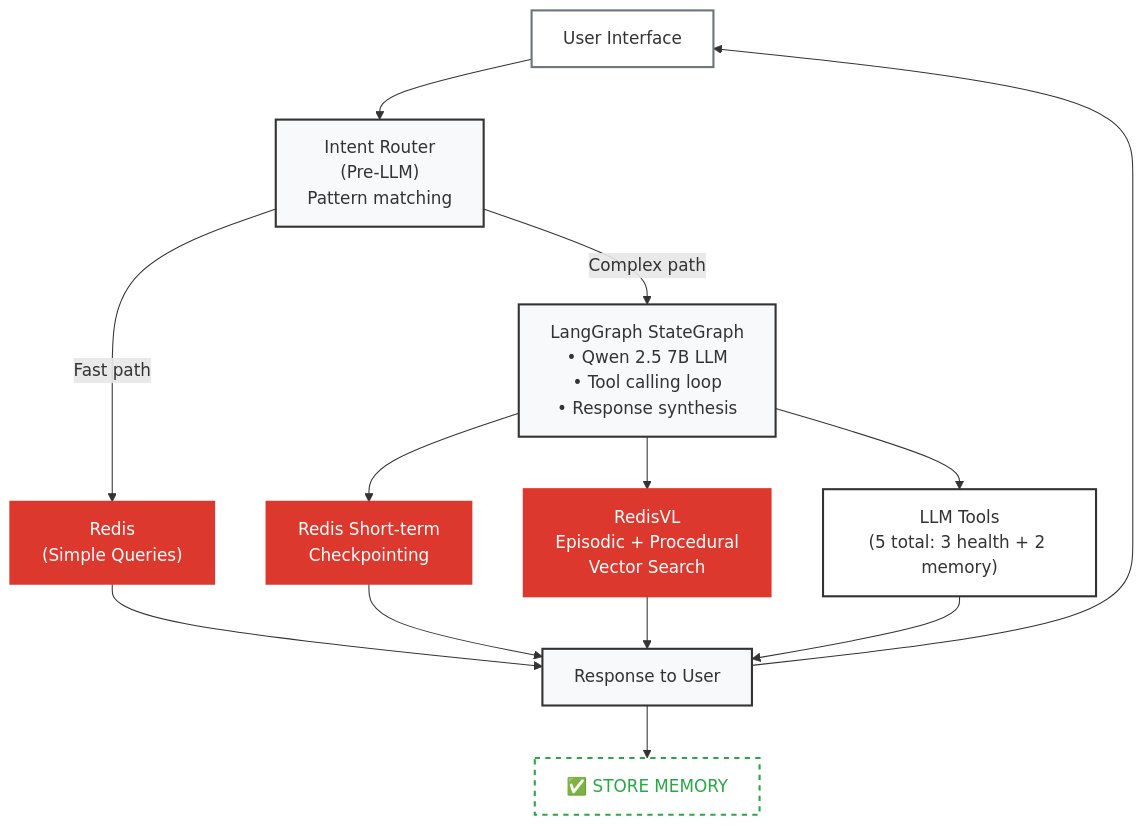
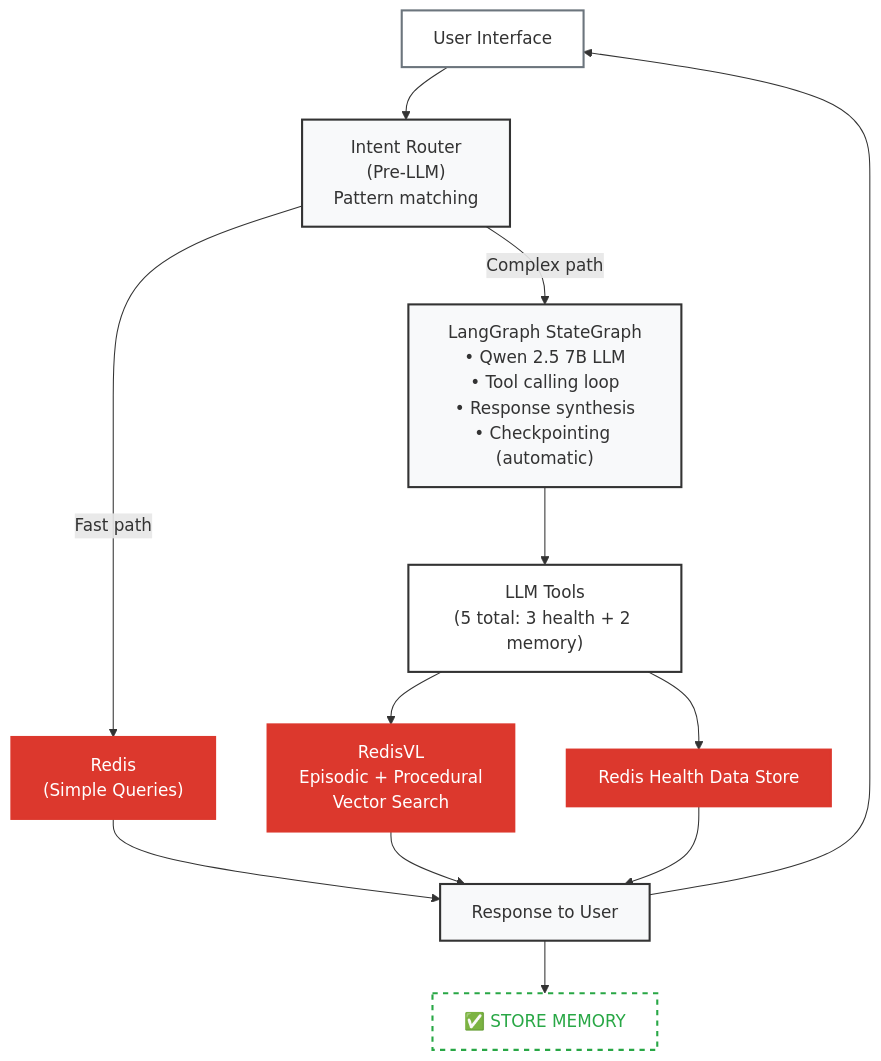
The second of 6 diagrams in docs/SLIDE_MATERIAL.md (AllieRays/redis-wellness), drawn with Mermaid before and after one commit. The commit also changed other lines of this file and 1 other file, not shown here.

````diff
--- a/docs/SLIDE_MATERIAL.md
+++ b/docs/SLIDE_MATERIAL.md
@@ -40,35 +40,34 @@
 ```mermaid
 flowchart TB
     UI2["User Interface"]
     Router2["Intent Router<br/>(Pre-LLM)<br/>Pattern matching"]
     Simple2["Redis<br/>(Simple Queries)"]
-    LangGraph["LangGraph StateGraph<br/>• Qwen 2.5 7B LLM<br/>• Tool calling loop<br/>• Response synthesis"]
-    RedisShort["Redis Short-term<br/>Checkpointing"]
+    LangGraph["LangGraph StateGraph<br/>• Qwen 2.5 7B LLM<br/>• Tool calling loop<br/>• Response synthesis<br/>• Checkpointing (automatic)"]
     RedisVL["RedisVL<br/>Episodic + Procedural<br/>Vector Search"]
     Tools2["LLM Tools<br/>(5 total: 3 health + 2 memory)"]
+    RedisData["Redis Health Data Store"]
     Response2["Response to User"]
     Store["✅ STORE MEMORY"]
 
     UI2 --> Router2
     Router2 -->|"Fast path"| Simple2
     Router2 -->|"Complex path"| LangGraph
     Simple2 --> Response2
-    LangGraph --> RedisShort
-    LangGraph --> RedisVL
     LangGraph --> Tools2
-    RedisShort --> Response2
+    Tools2 --> RedisVL
+    Tools2 --> RedisData
     RedisVL --> Response2
-    Tools2 --> Response2
+    RedisData --> Response2
     Response2 --> UI2
     Response2 --> Store
 
     style UI2 fill:#fff,stroke:#6c757d,stroke-width:2px
     style Router2 fill:#f8f9fa,stroke:#333,stroke-width:2px
     style Simple2 fill:#dc382d,stroke:#dc382d,stroke-width:2px,color:#fff
     style LangGraph fill:#f8f9fa,stroke:#333,stroke-width:2px
-    style RedisShort fill:#dc382d,stroke:#dc382d,stroke-width:2px,color:#fff
     style RedisVL fill:#dc382d,stroke:#dc382d,stroke-width:2px,color:#fff
     style Tools2 fill:#fff,stroke:#333,stroke-width:2px
+    style RedisData fill:#dc382d,stroke:#dc382d,stroke-width:2px,color:#fff
     style Response2 fill:#f8f9fa,stroke:#333,stroke-width:2px
     style Store fill:#fff,stroke:#28a745,stroke-width:2px,color:#28a745,stroke-dasharray: 5 5
 ```
````
